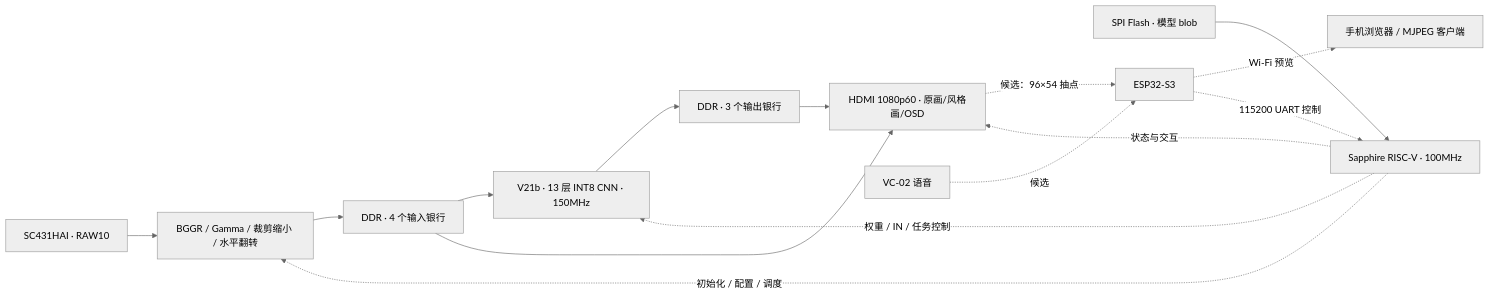
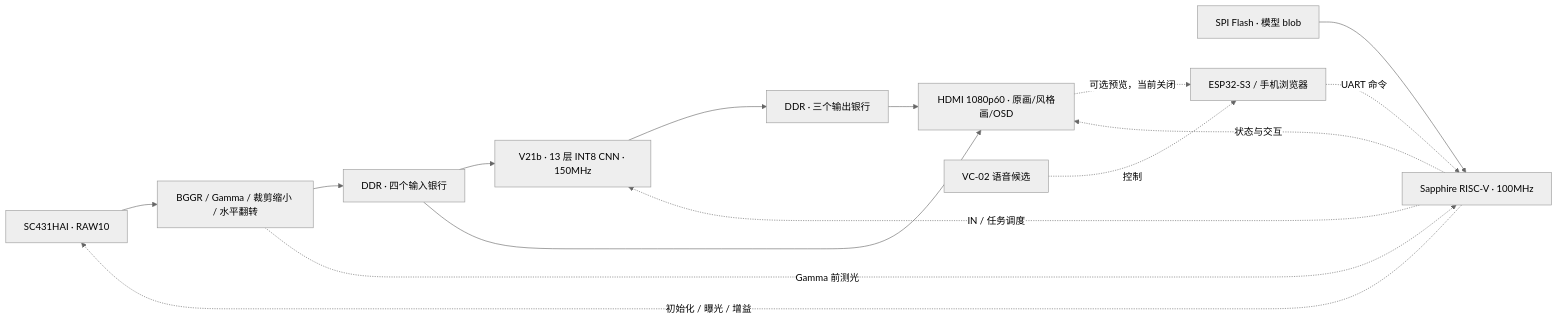
One commit to icy768/ti60f225-AI-drawing changed the diagram in README.md. Above: the diagram before and after it, drawn with Mermaid (neutral theme). The commit also changed other lines of this file and 201 other files, not shown here.

````diff
--- a/README.md
+++ b/README.md
@@ -22,17 +22,17 @@
 ```mermaid
 flowchart LR
     CAM[SC431HAI · RAW10] --> ISP[BGGR / Gamma / 裁剪缩小 / 水平翻转]
-    ISP --> IN[DDR · 4 个输入银行]
+    ISP --> IN[DDR · 四个输入银行]
     IN --> NN[V21b · 13 层 INT8 CNN · 150MHz]
-    NN --> OUT[DDR · 3 个输出银行]
+    NN --> OUT[DDR · 三个输出银行]
     IN --> HDMI[HDMI 1080p60 · 原画/风格画/OSD]
     OUT --> HDMI
     FLASH[SPI Flash · 模型 blob] --> CPU[Sapphire RISC-V · 100MHz]
-    CPU -. 初始化 / 配置 / 调度 .-> ISP
-    CPU -. 权重 / IN / 任务控制 .-> NN
+    ISP -. Gamma 前测光 .-> CPU
+    CPU -. 初始化 / 曝光 / 增益 .-> CAM
+    CPU -. IN / 任务调度 .-> NN
     CPU -. 状态与交互 .-> HDMI
-    HDMI -. 候选：96×54 抽点 .-> ESP[ESP32-S3]
-    ESP -. Wi-Fi 预览 .-> PHONE[手机浏览器 / MJPEG 客户端]
-    VOICE[VC-02 语音] -. 候选 .-> ESP
-    ESP -. 115200 UART 控制 .-> CPU
+    HDMI -. 可选预览，当前关闭 .-> ESP[ESP32-S3 / 手机浏览器]
+    VOICE[VC-02 语音候选] -. 控制 .-> ESP
+    ESP -. UART 命令 .-> CPU
 ```
````
